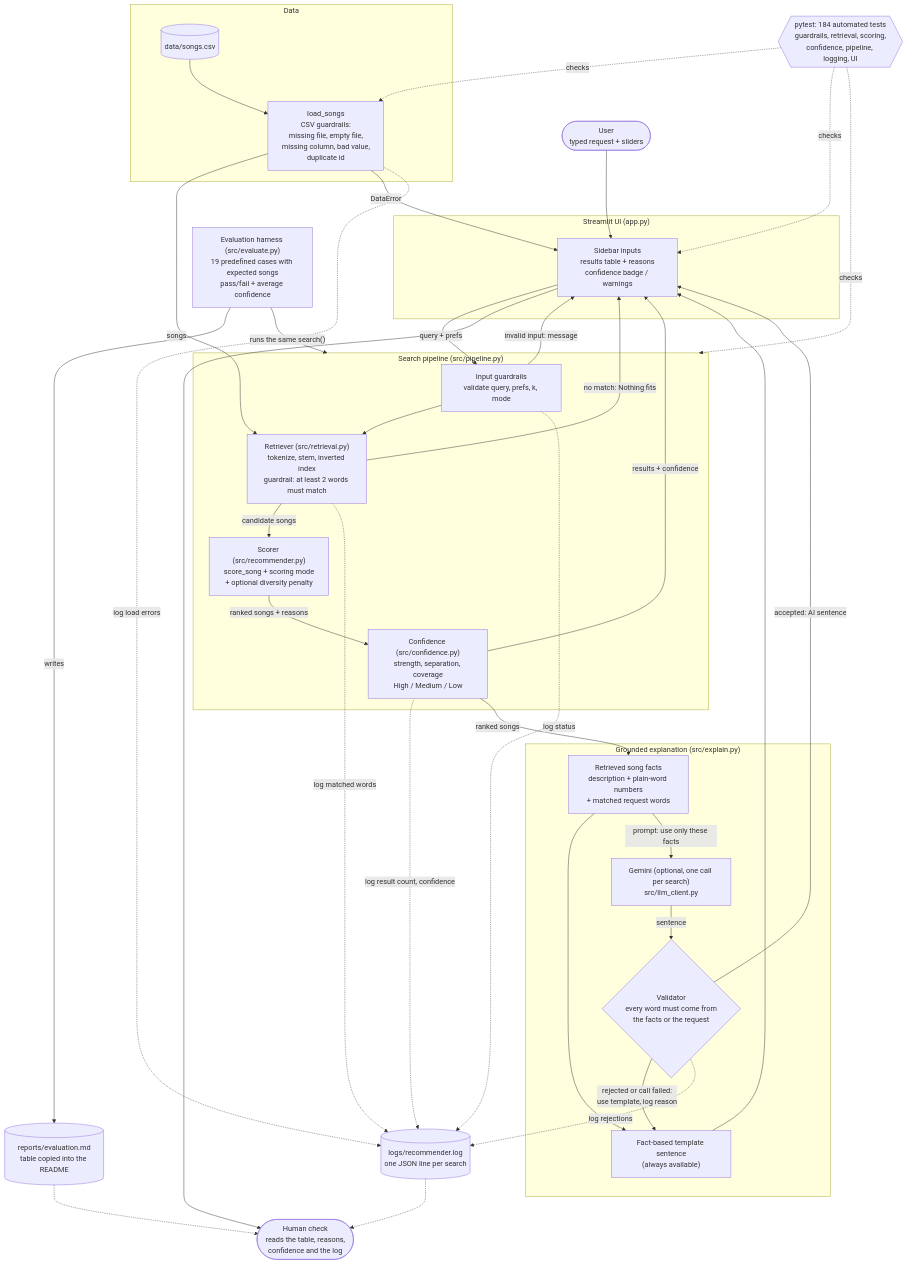
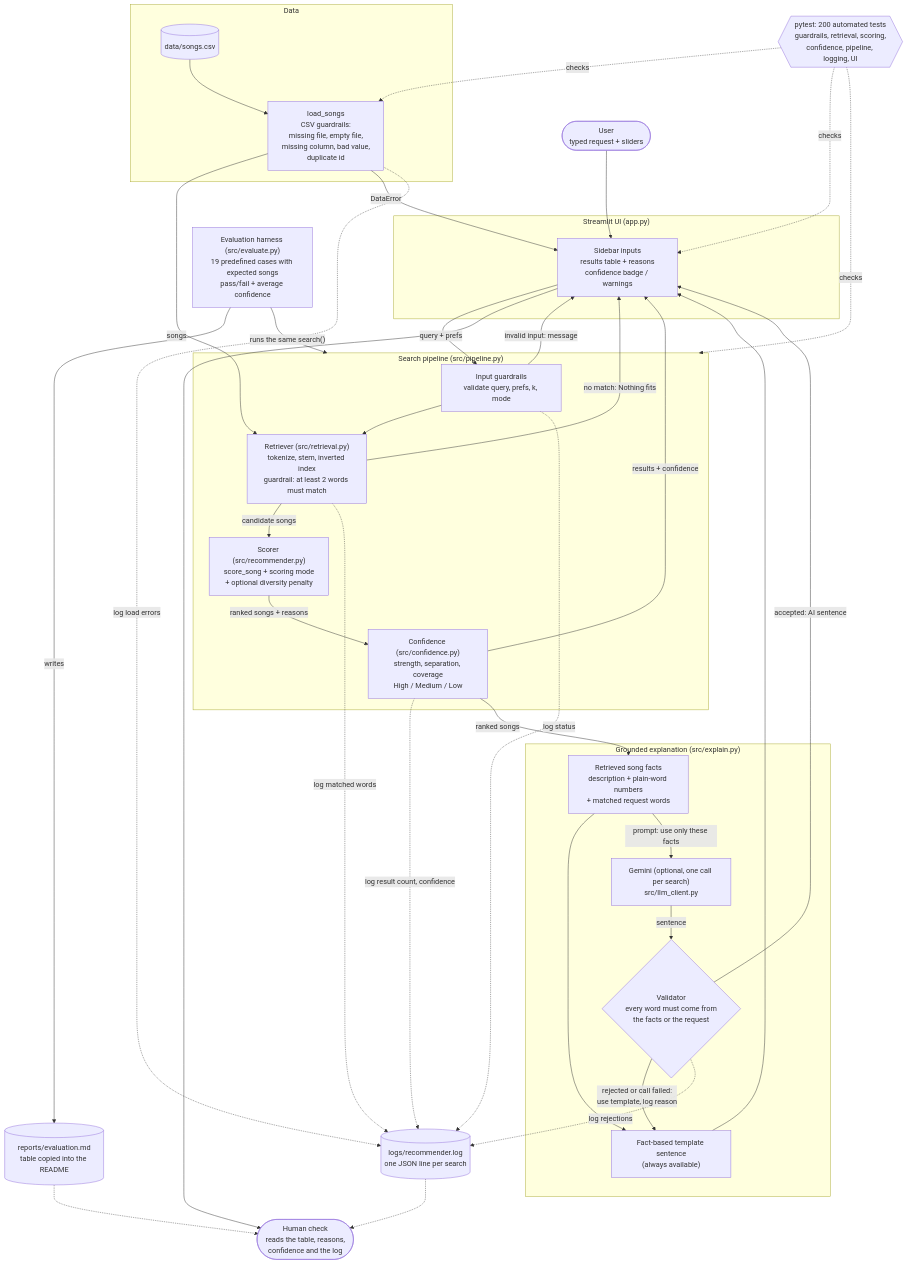
One commit to virtonen/applied-ai-system-project changed the diagram in diagrams/architecture.mmd. Above: the diagram before and after it, drawn with Mermaid. The commit also changed 9 other files, not shown here.

```diff
--- a/diagrams/architecture.mmd
+++ b/diagrams/architecture.mmd
@@ -1,71 +1,71 @@
 %% VibeMatch system architecture (current: logging, guardrails, confidence, grounded RAG explanations, evaluation harness).
 %% Render with any Mermaid viewer, for example the Mermaid Live Editor or GitHub.
 flowchart TD
     USER(["User<br/>typed request + sliders"])
     HUMAN(["Human check<br/>reads the table, reasons,<br/>confidence and the log"])
 
     subgraph APP["Streamlit UI (app.py)"]
         UI["Sidebar inputs<br/>results table + reasons<br/>confidence badge / warnings"]
     end
 
     subgraph DATA["Data"]
         CSV[("data/songs.csv")]
         LOAD["load_songs<br/>CSV guardrails:<br/>missing file, empty file,<br/>missing column, bad value,<br/>duplicate id"]
     end
 
     subgraph PIPE["Search pipeline (src/pipeline.py)"]
         GUARD["Input guardrails<br/>validate query, prefs, k, mode"]
         RETR["Retriever (src/retrieval.py)<br/>tokenize, stem, inverted index<br/>guardrail: at least 2 words must match"]
         SCORE["Scorer (src/recommender.py)<br/>score_song + scoring mode<br/>+ optional diversity penalty"]
         CONF["Confidence (src/confidence.py)<br/>strength, separation, coverage<br/>High / Medium / Low"]
     end
 
     subgraph RAG["Grounded explanation (src/explain.py)"]
         FACTS["Retrieved song facts<br/>description + plain-word numbers<br/>+ matched request words"]
         TEMPLATE["Fact-based template sentence<br/>(always available)"]
         GEMINI["Gemini (optional, one call per search)<br/>src/llm_client.py"]
         VALID{"Validator<br/>every word must come from<br/>the facts or the request"}
     end
 
     LOG[("logs/recommender.log<br/>one JSON line per search")]
-    TESTS{{"pytest: 184 automated tests<br/>guardrails, retrieval, scoring,<br/>confidence, pipeline, logging, UI"}}
+    TESTS{{"pytest: 200 automated tests<br/>guardrails, retrieval, scoring,<br/>confidence, pipeline, logging, UI"}}
 
     EVAL["Evaluation harness (src/evaluate.py)<br/>19 predefined cases with expected songs<br/>pass/fail + average confidence"]
     REPORT[("reports/evaluation.md<br/>table copied into the README")]
 
     CSV --> LOAD
     LOAD -->|"songs"| RETR
     LOAD -->|"DataError"| UI
 
     USER --> UI
     UI -->|"query + prefs"| GUARD
     GUARD -->|"invalid input: message"| UI
     GUARD --> RETR
     RETR -->|"no match: Nothing fits"| UI
     RETR -->|"candidate songs"| SCORE
     SCORE -->|"ranked songs + reasons"| CONF
     CONF -->|"results + confidence"| UI
     UI --> HUMAN
 
     GUARD -.->|"log status"| LOG
     RETR -.->|"log matched words"| LOG
     CONF -.->|"log result count, confidence"| LOG
     LOAD -.->|"log load errors"| LOG
     LOG -.-> HUMAN
 
     TESTS -.->|"checks"| LOAD
     TESTS -.->|"checks"| PIPE
     TESTS -.->|"checks"| UI
 
     EVAL -->|"runs the same search()"| PIPE
     EVAL -->|"writes"| REPORT
     REPORT -.-> HUMAN
 
     CONF -->|"ranked songs"| FACTS
     FACTS --> TEMPLATE
     FACTS -->|"prompt: use only these facts"| GEMINI
     GEMINI -->|"sentence"| VALID
     VALID -->|"accepted: AI sentence"| UI
     VALID -->|"rejected or call failed:<br/>use template, log reason"| TEMPLATE
     TEMPLATE --> UI
     VALID -.->|"log rejections"| LOG
```
